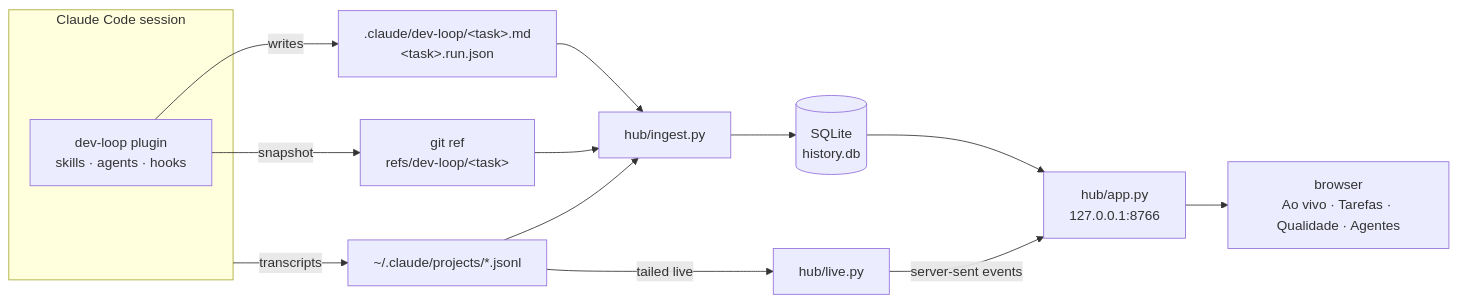
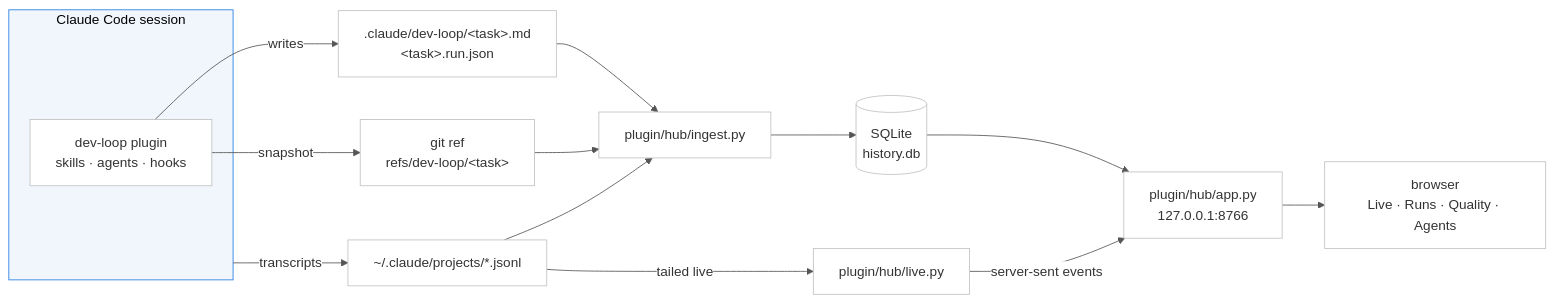
One commit to edsonsousa/dev-loop changed the diagram in docs/img/architecture.mmd. Above: the diagram before and after it, drawn with Mermaid. The commit also changed 30 other files, not shown here.

First line of the commit message:
English UI, portable heavy.sh, hub inside the plugin

```diff
--- a/docs/img/architecture.mmd
+++ b/docs/img/architecture.mmd
@@ -1,15 +1,16 @@
+%%{init: {"theme": "base", "themeVariables": {"primaryColor": "#ffffff", "primaryBorderColor": "#c2c2c2", "lineColor": "#555555", "fontFamily": "sans-serif", "clusterBkg": "#f1f6fd", "clusterBorder": "#257de0"}}}%%
 flowchart LR
   subgraph CC[Claude Code session]
     P[dev-loop plugin<br/>skills · agents · hooks]
   end
   P -- writes --> L[".claude/dev-loop/&lt;task&gt;.md<br/>&lt;task&gt;.run.json"]
   P -- snapshot --> REF[git ref<br/>refs/dev-loop/&lt;task&gt;]
   CC -- transcripts --> TR["~/.claude/projects/*.jsonl"]
-  L --> IN[hub/ingest.py]
+  L --> IN[plugin/hub/ingest.py]
   REF --> IN
   TR --> IN
   IN --> DB[(SQLite<br/>history.db)]
-  TR -- tailed live --> LV[hub/live.py]
-  DB --> APP[hub/app.py<br/>127.0.0.1:8766]
+  TR -- tailed live --> LV[plugin/hub/live.py]
+  DB --> APP[plugin/hub/app.py<br/>127.0.0.1:8766]
   LV -- server-sent events --> APP
-  APP --> UI[browser<br/>Ao vivo · Tarefas · Qualidade · Agentes]
+  APP --> UI[browser<br/>Live · Runs · Quality · Agents]
```
